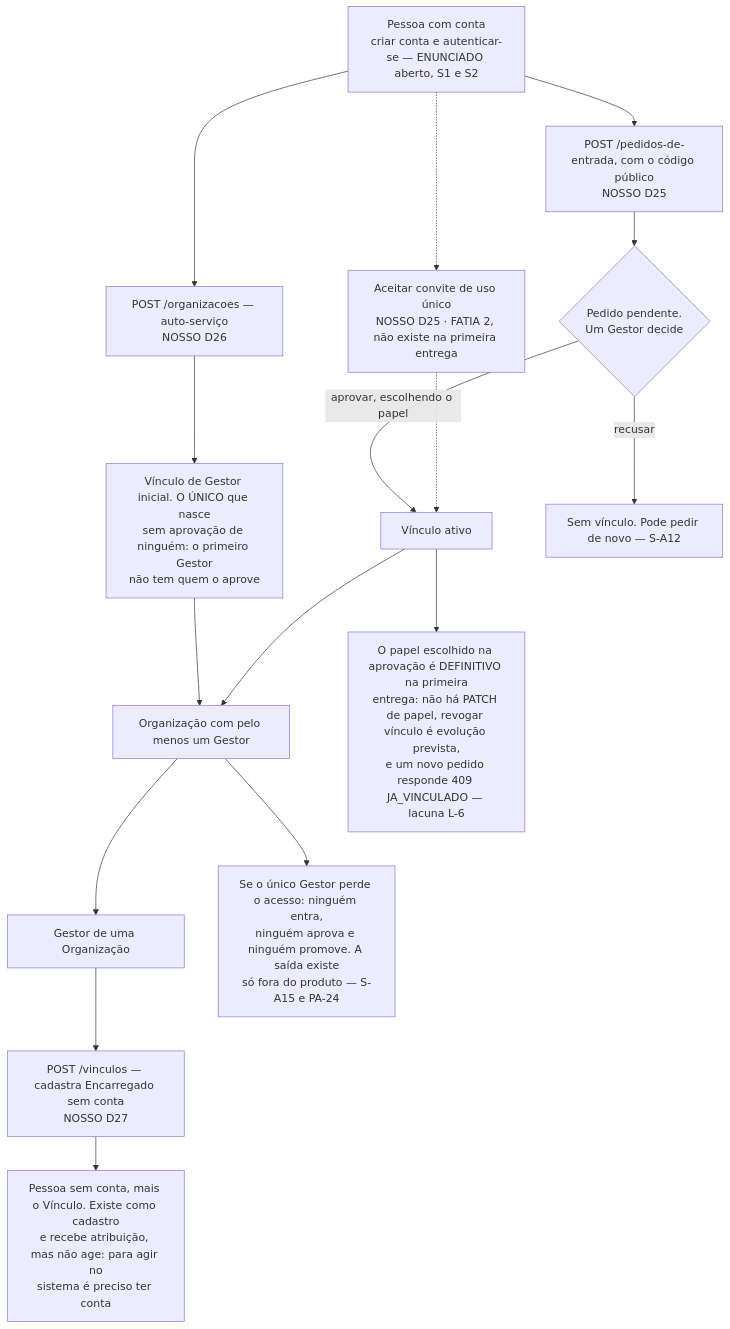
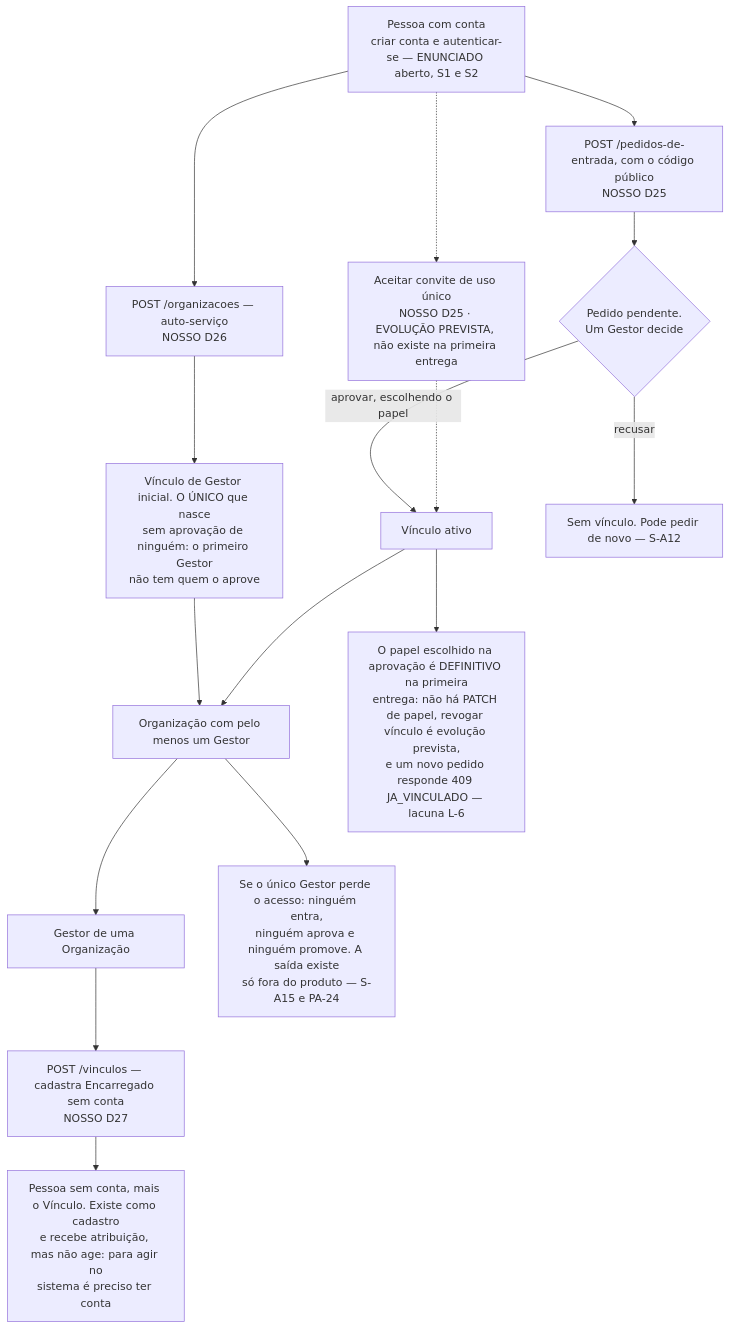
Before and after one commit to natanjunior/8FSDT-Hackathon: the third of 4 diagrams in docs/fluxos-e-diagramas.md, drawn with Mermaid. The commit also changed other lines of this file and 4 other files, not shown here.

````diff
--- a/docs/fluxos-e-diagramas.md
+++ b/docs/fluxos-e-diagramas.md
@@ -268,24 +268,24 @@
 ```mermaid
 flowchart TD
     P["Pessoa com conta<br/>criar conta e autenticar-se — ENUNCIADO aberto, S1 e S2"]
     G["Gestor de uma Organização"]
 
     P --> A1["POST /organizacoes — auto-serviço<br/>NOSSO D26"]
     P --> B1["POST /pedidos-de-entrada, com o código público<br/>NOSSO D25"]
-    P -.-> C1["Aceitar convite de uso único<br/>NOSSO D25 · FATIA 2, não existe na primeira entrega"]
+    P -.-> C1["Aceitar convite de uso único<br/>NOSSO D25 · EVOLUÇÃO PREVISTA, não existe na primeira entrega"]
     G --> D1["POST /vinculos — cadastra Encarregado sem conta<br/>NOSSO D27"]
 
     A1 --> V0["Vínculo de Gestor inicial. O ÚNICO que nasce<br/>sem aprovação de ninguém: o primeiro Gestor<br/>não tem quem o aprove"]
     B1 --> PEND{"Pedido pendente.<br/>Um Gestor decide"}
     PEND -->|"aprovar, escolhendo o papel"| V1["Vínculo ativo"]
     PEND -->|"recusar"| REC["Sem vínculo. Pode pedir de novo — S-A12"]
     C1 -.-> V1
     D1 --> V2["Pessoa sem conta, mais o Vínculo. Existe como cadastro<br/>e recebe atribuição, mas não age: para agir no<br/>sistema é preciso ter conta"]
 
     V0 --> ORG["Organização com pelo menos um Gestor"]
     V1 --> ORG
     ORG --> G
 
     V1 --> TRAVA["O papel escolhido na aprovação é DEFINITIVO na primeira<br/>entrega: não há PATCH de papel, revogar vínculo é evolução prevista,<br/>e um novo pedido responde 409 JA_VINCULADO — lacuna L-6"]
     ORG --> BECO["Se o único Gestor perde o acesso: ninguém entra,<br/>ninguém aprova e ninguém promove. A saída existe<br/>só fora do produto — S-A15 e PA-24"]
 ```
````
